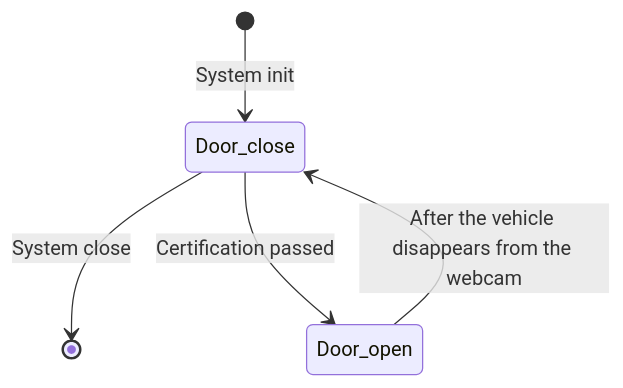
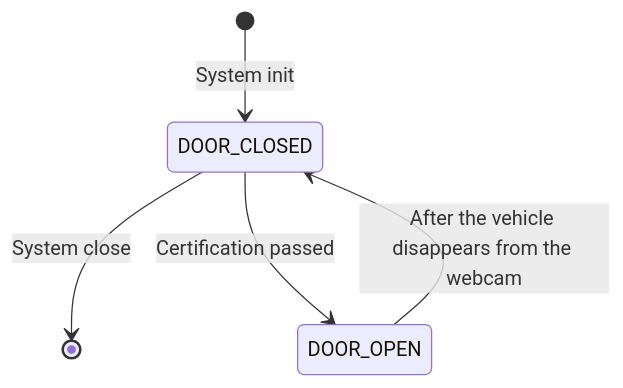
The second of 2 diagrams in software_structure.md (Xiaoyang-Lyu/y2_project), drawn with Mermaid before and after one commit. The commit also changed other lines of this file, not shown here.

Commit message:
fix some state bugs

````diff
--- a/software_structure.md
+++ b/software_structure.md
@@ -122,15 +124,15 @@
 ```mermaid
 stateDiagram
 
-Door_close
-Door_open
+DOOR_CLOSED
+DOOR_OPEN
 
-[*] --> Door_close: System init
-Door_close --> [*]: System close
-Door_close --> Door_open: Certification passed
-Door_open --> Door_close: After the vehicle disappears from the webcam
+[*] --> DOOR_CLOSED: System init
+DOOR_CLOSED --> [*]: System close
+DOOR_CLOSED --> DOOR_OPEN: Certification passed
+DOOR_OPEN --> DOOR_CLOSED: After the vehicle disappears from the webcam
 
 
 
 
 ```
````
